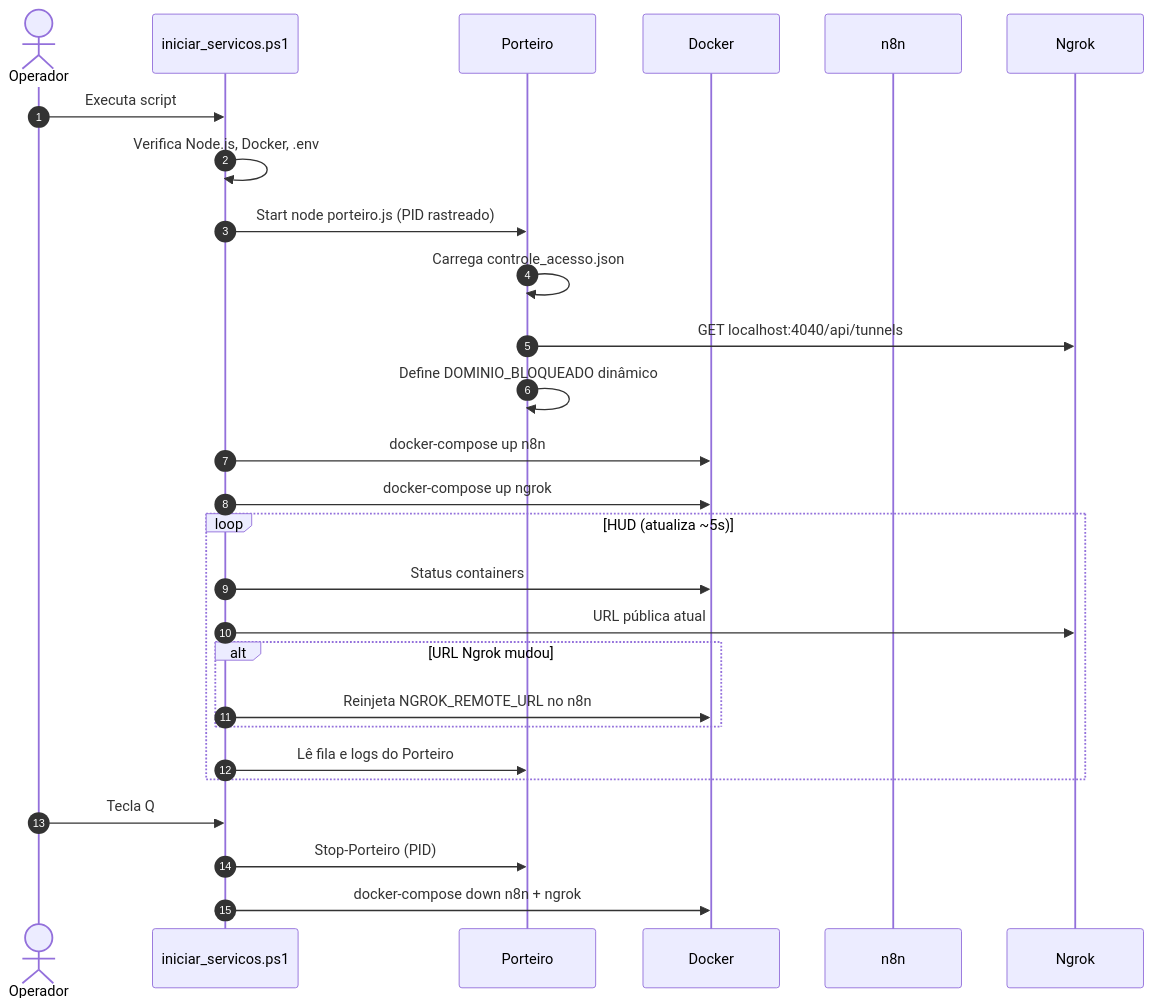
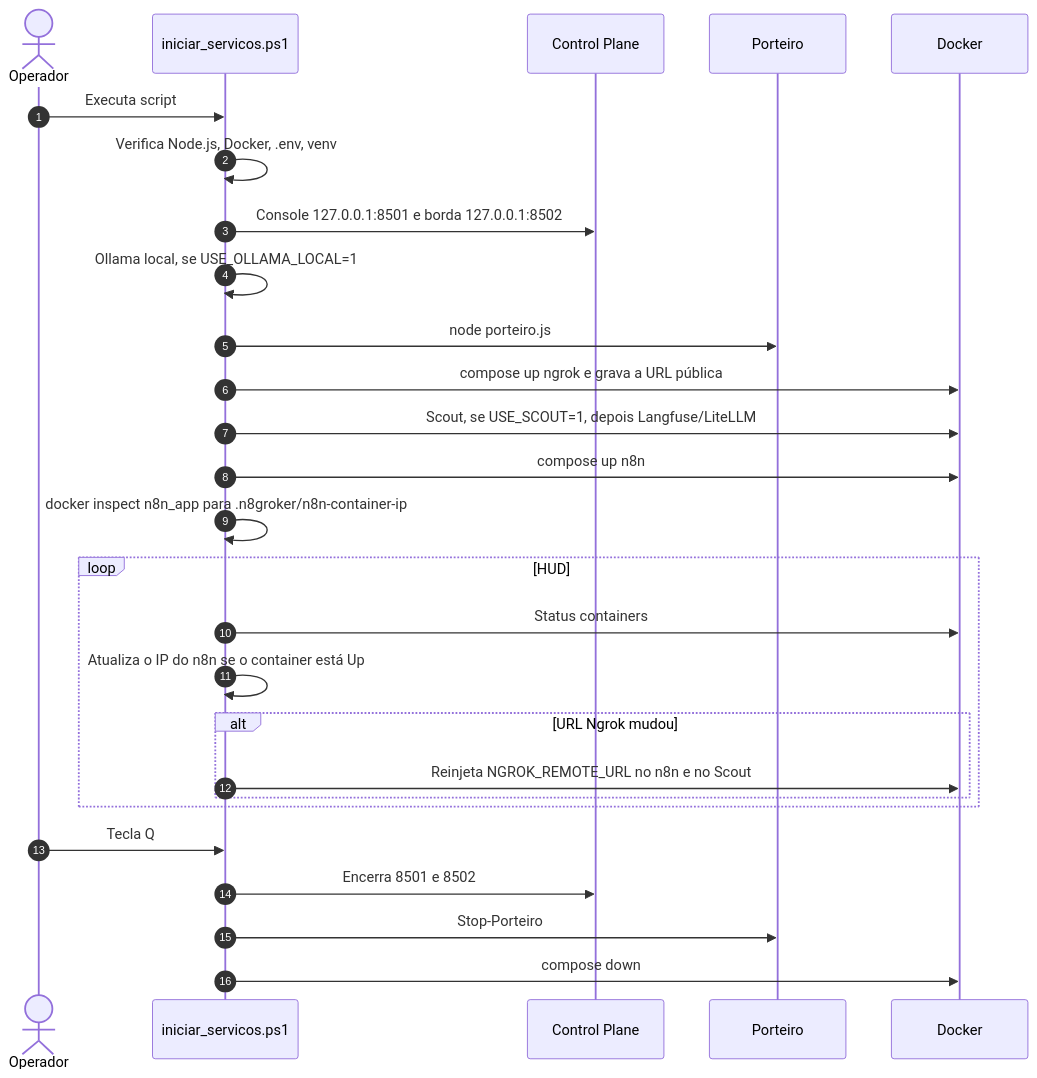
One commit to Zidszs/Zidsz-Board-POC changed the fourth of 13 diagrams in DOCUMENTACAO.md. Above: the diagram before and after it, drawn with Mermaid. The commit also changed other lines of this file and 180 other files, not shown here.

Commit message:
v1 — linha Control Plane (console admin, borda, Keeper, trilhas, Arquivos-n8n) com versões travadas

````diff
--- a/DOCUMENTACAO.md
+++ b/DOCUMENTACAO.md
@@ -218,34 +211,32 @@
 ```mermaid
 sequenceDiagram
     autonumber
     actor User as Operador
     participant PS as iniciar_servicos.ps1
+    participant CP as Control Plane
     participant P as Porteiro
     participant D as Docker
-    participant N as n8n
-    participant G as Ngrok
 
     User->>PS: Executa script
-    PS->>PS: Verifica Node.js, Docker, .env
+    PS->>PS: Verifica Node.js, Docker, .env, venv
+    PS->>CP: Console 127.0.0.1:8501 e borda 127.0.0.1:8502
+    PS->>PS: Ollama local, se USE_OLLAMA_LOCAL=1
+    PS->>P: node porteiro.js
+    PS->>D: compose up ngrok e grava a URL pública
+    PS->>D: Scout, se USE_SCOUT=1, depois Langfuse/LiteLLM
+    PS->>D: compose up n8n
+    PS->>PS: docker inspect n8n_app para .n8groker/n8n-container-ip
 
-    PS->>P: Start node porteiro.js (PID rastreado)
-    P->>P: Carrega controle_acesso.json
-    P->>G: GET localhost:4040/api/tunnels
-    P->>P: Define DOMINIO_BLOQUEADO dinâmico
-
-    PS->>D: docker-compose up n8n
-    PS->>D: docker-compose up ngrok
-
-    loop HUD (atualiza ~5s)
+    loop HUD
         PS->>D: Status containers
-        PS->>G: URL pública atual
+        PS->>PS: Atualiza o IP do n8n se o container está Up
         alt URL Ngrok mudou
-            PS->>D: Reinjeta NGROK_REMOTE_URL no n8n
+            PS->>D: Reinjeta NGROK_REMOTE_URL no n8n e no Scout
         end
-        PS->>P: Lê fila e logs do Porteiro
     end
 
     User->>PS: Tecla Q
-    PS->>P: Stop-Porteiro (PID)
-    PS->>D: docker-compose down n8n + ngrok
+    PS->>CP: Encerra 8501 e 8502
+    PS->>P: Stop-Porteiro
+    PS->>D: compose down
 ```
````
